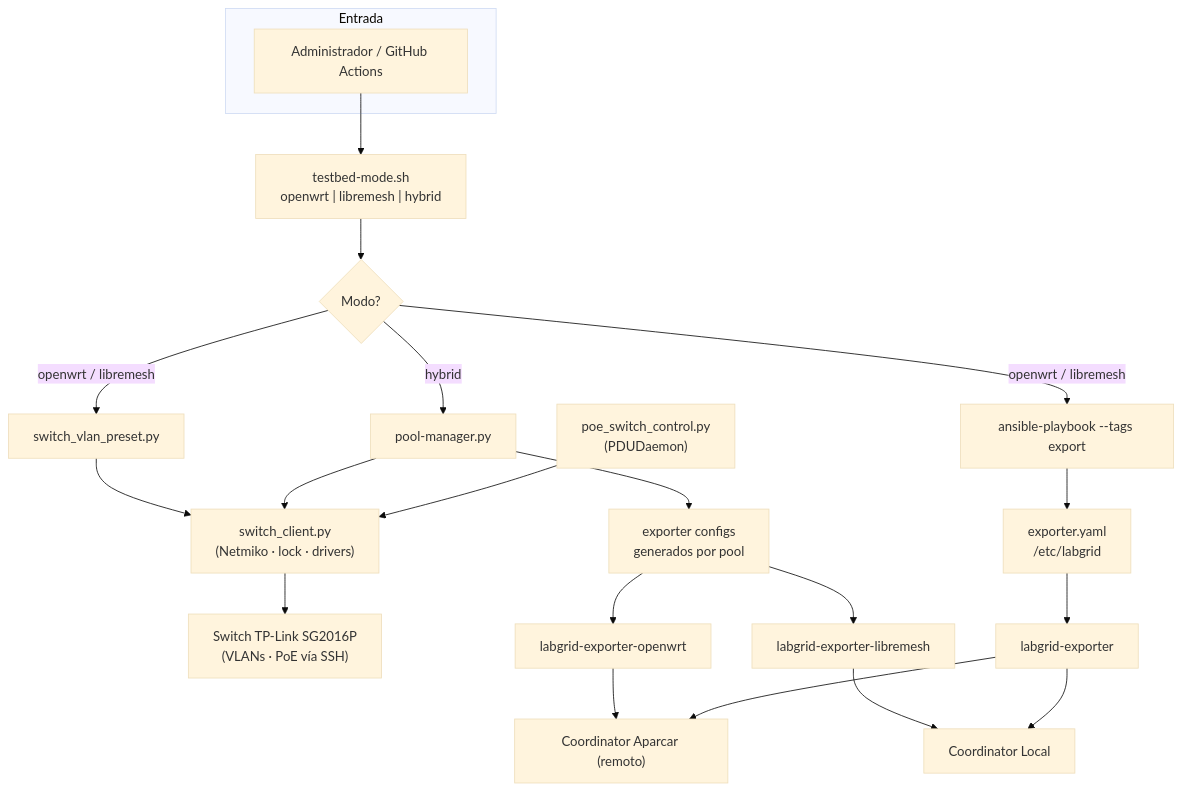
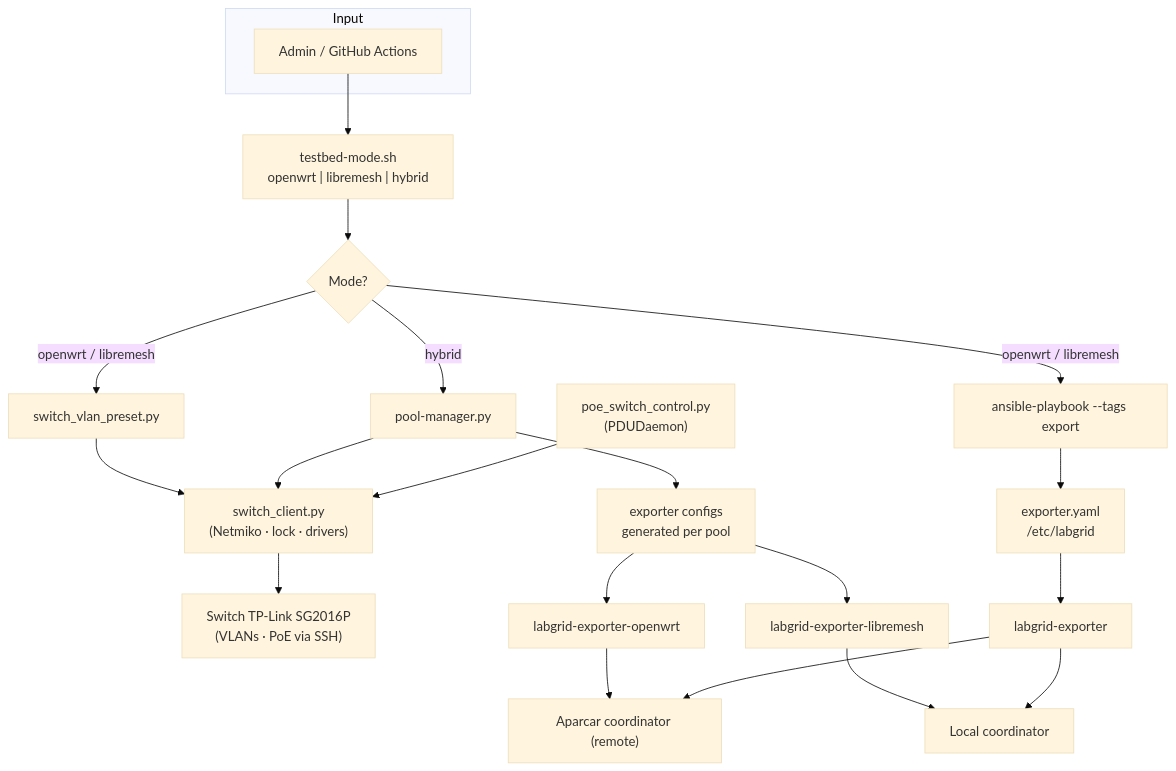
Before and after one commit to ccasanueva7/fcefyn_testbed_utils: the second of 2 diagrams in docs/diseno/hybrid-lab-proposal.md, drawn with Mermaid (base theme). The commit also changed other lines of this file and 23 other files, not shown here.

````diff
--- a/docs/diseno/hybrid-lab-proposal.md
+++ b/docs/diseno/hybrid-lab-proposal.md
@@ -167,29 +172,29 @@
 ```mermaid
 flowchart TD
-    subgraph Admin["Entrada"]
-        A["Administrador / GitHub Actions"]
+    subgraph Admin["Input"]
+        A["Admin / GitHub Actions"]
     end
 
     A --> B["testbed-mode.sh\nopenwrt | libremesh | hybrid"]
-    B --> C{Modo?}
+    B --> C{Mode?}
 
     C -->|openwrt / libremesh| D["switch_vlan_preset.py"]
     C -->|openwrt / libremesh| E["ansible-playbook --tags export"]
     C -->|hybrid| F["pool-manager.py"]
 
     D --> SC["switch_client.py\n(Netmiko · lock · drivers)"]
     F --> SC
     P["poe_switch_control.py\n(PDUDaemon)"] --> SC
-    SC --> G["Switch TP-Link SG2016P\n(VLANs · PoE vía SSH)"]
-    F --> H["exporter configs\ngenerados por pool"]
+    SC --> G["Switch TP-Link SG2016P\n(VLANs · PoE via SSH)"]
+    F --> H["exporter configs\ngenerated per pool"]
     H --> I["labgrid-exporter-openwrt"]
     H --> J["labgrid-exporter-libremesh"]
 
     E --> K["exporter.yaml\n/etc/labgrid"]
     K --> L["labgrid-exporter"]
 
-    I --> M["Coordinator Aparcar (remoto)"]
-    J --> N["Coordinator Local"]
+    I --> M["Aparcar coordinator (remote)"]
+    J --> N["Local coordinator"]
     L --> M
     L --> N
 ```
````
